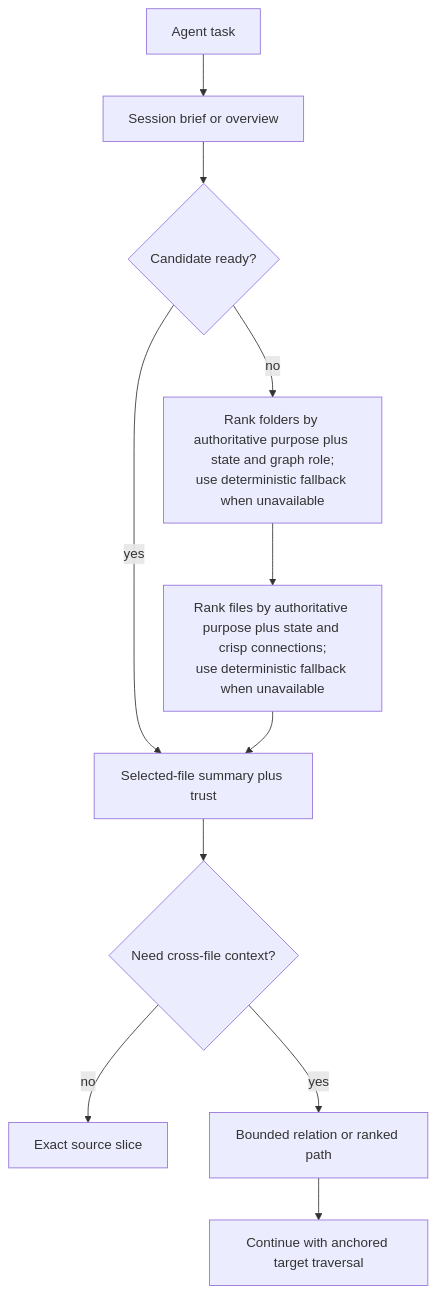
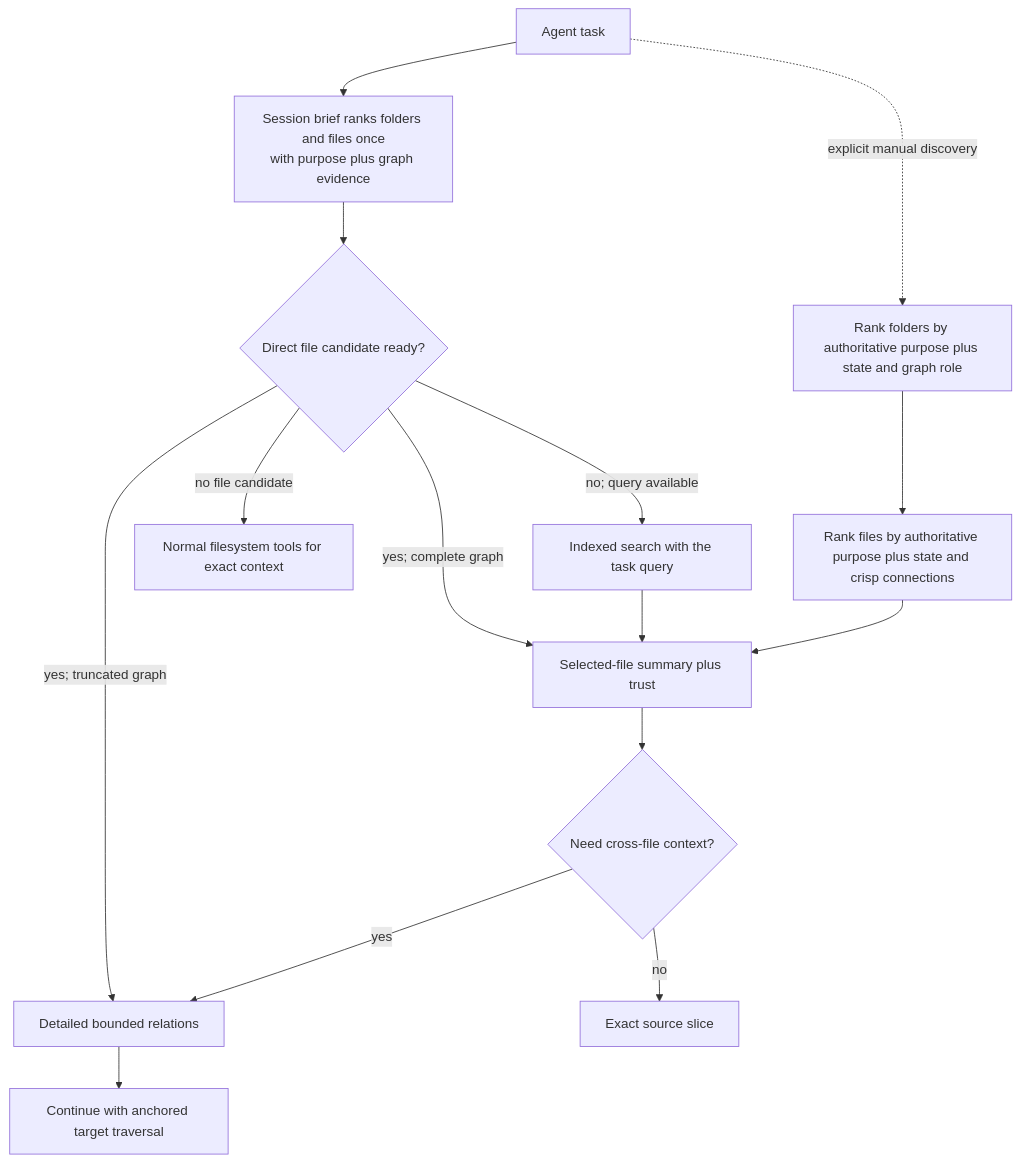
Before and after one commit to styler-ai/ProjectAtlas: the first of 4 diagrams in docs/agent-navigation.md, drawn with Mermaid. The commit also changed other lines of this file and 12 other files, not shown here.

````diff
--- a/docs/agent-navigation.md
+++ b/docs/agent-navigation.md
@@ -60,13 +60,17 @@
 ```mermaid
 flowchart TD
-    Task[Agent task] --> Brief[Session brief or overview]
-    Brief --> Confident{Candidate ready?}
-    Confident -->|no| Folders[Rank folders by authoritative purpose plus state and graph role;<br/>use deterministic fallback when unavailable]
-    Folders --> Files[Rank files by authoritative purpose plus state and crisp connections;<br/>use deterministic fallback when unavailable]
-    Confident -->|yes| Summary[Selected-file summary plus trust]
+    Task[Agent task] --> Brief[Session brief ranks folders and files once<br/>with purpose plus graph evidence]
+    Brief --> Confident{Direct file candidate ready?}
+    Confident -->|yes; complete graph| Summary[Selected-file summary plus trust]
+    Confident -->|yes; truncated graph| Relations[Detailed bounded relations]
+    Confident -->|no; query available| Search[Indexed search with the task query]
+    Confident -->|no file candidate| Filesystem[Normal filesystem tools for exact context]
+    Search --> Summary
+    Task -. explicit manual discovery .-> Folders[Rank folders by authoritative purpose plus state and graph role]
+    Folders --> Files[Rank files by authoritative purpose plus state and crisp connections]
     Files --> Summary
     Summary --> CrossFile{Need cross-file context?}
     CrossFile -->|no| Slice[Exact source slice]
-    CrossFile -->|yes| Relations[Bounded relation or ranked path]
+    CrossFile -->|yes| Relations
     Relations --> Anchored[Continue with anchored target traversal]
 ```
````
